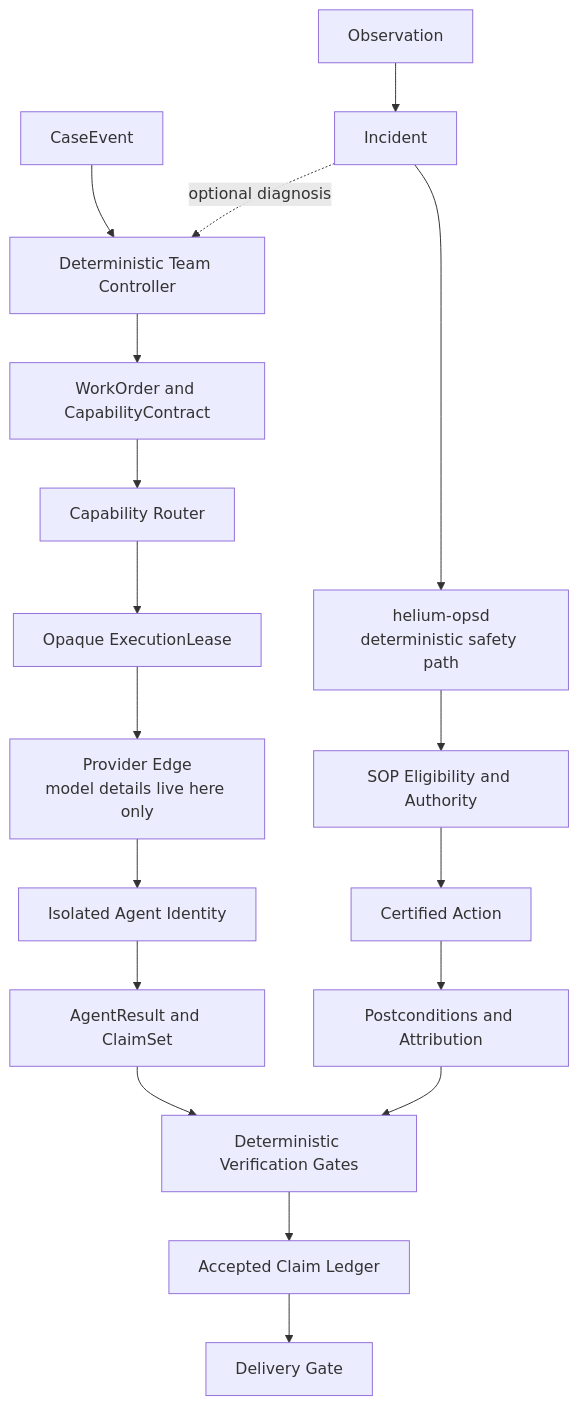
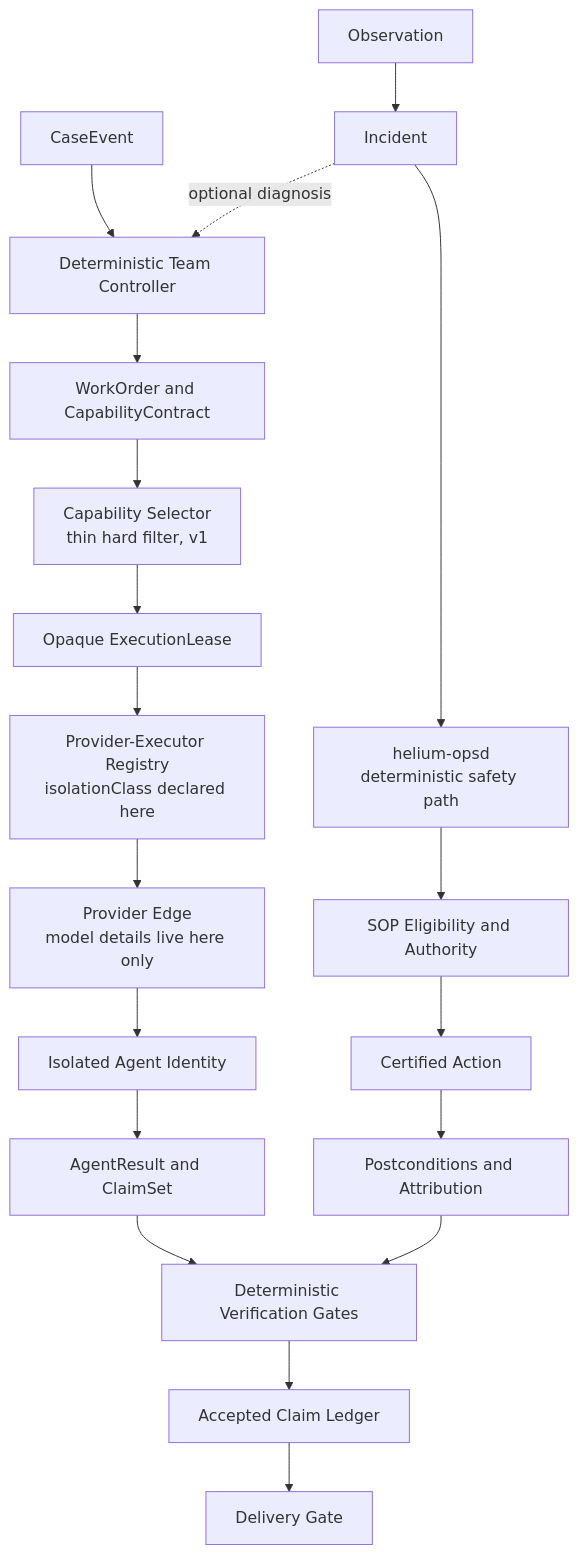
One commit to moremeds/helium changed the diagram in docs/plans/2026-08-25-helium-multi-agent-design.md. Above: the diagram before and after it, drawn with Mermaid. The commit also changed other lines of this file and 9 other files, not shown here.

````diff
--- a/docs/plans/2026-08-25-helium-multi-agent-design.md
+++ b/docs/plans/2026-08-25-helium-multi-agent-design.md
@@ -192,22 +233,23 @@
 ```mermaid
 flowchart TB
     E[CaseEvent] --> C[Deterministic Team Controller]
     C --> W[WorkOrder and CapabilityContract]
-    W --> R[Capability Router]
+    W --> R["Capability Selector<br/>thin hard filter, v1"]
     R --> L[Opaque ExecutionLease]
-    L --> P["Provider Edge<br/>model details live here only"]
-    P --> A[Isolated Agent Identity]
+    L --> P["Provider-Executor Registry<br/>isolationClass declared here"]
+    P --> PE["Provider Edge<br/>model details live here only"]
+    PE --> A[Isolated Agent Identity]
     A --> AR[AgentResult and ClaimSet]
     AR --> V[Deterministic Verification Gates]
     V --> AC[Accepted Claim Ledger]
     AC --> D[Delivery Gate]
 
     O[Observation] --> I[Incident]
     I --> OD["helium-opsd<br/>deterministic safety path"]
     OD --> S[SOP Eligibility and Authority]
     S --> X[Certified Action]
     X --> PC[Postconditions and Attribution]
     PC --> V
 
     I -. optional diagnosis .-> C
 ```
````
